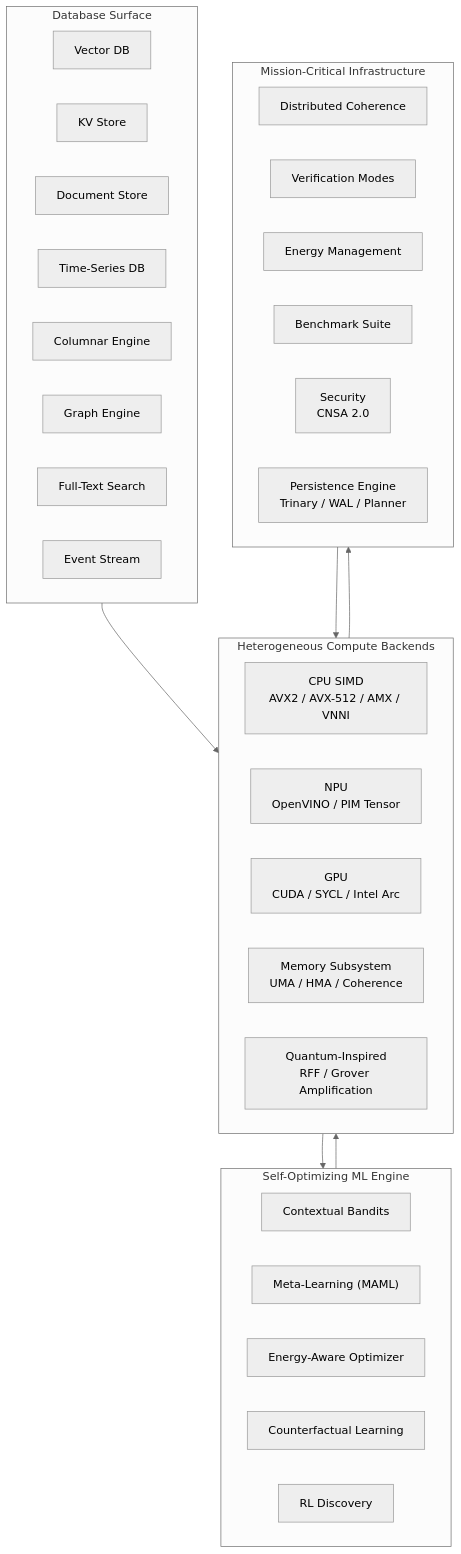
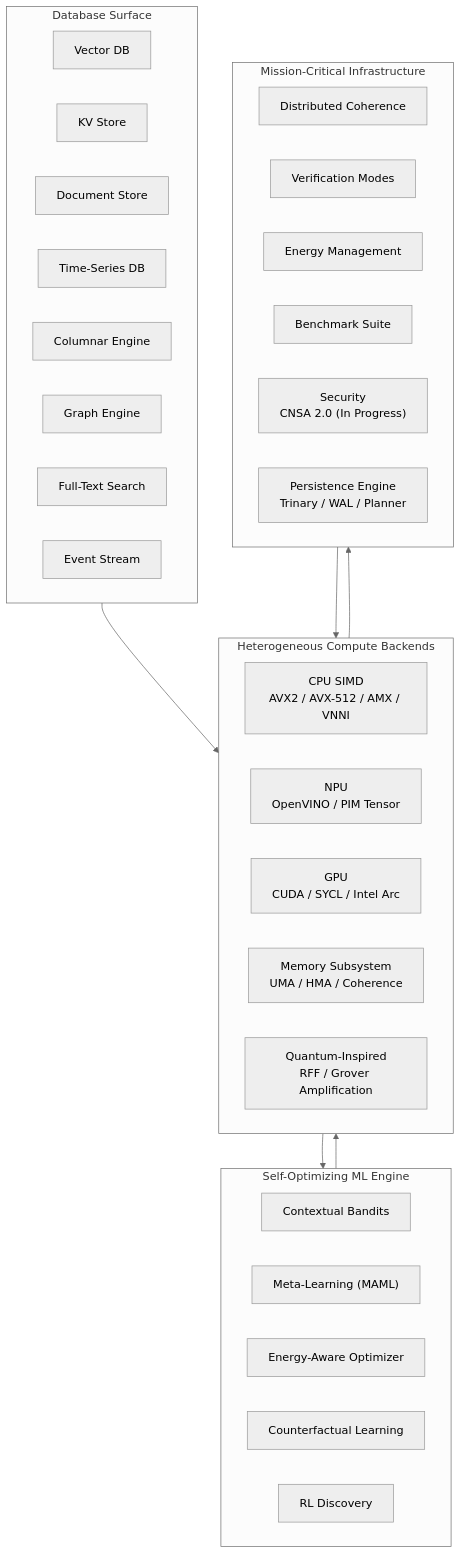
The diagram in docs/README.md (SWORDIntel/QIHSE), drawn with Mermaid (neutral theme) before and after one commit. The commit also changed other lines of this file and 32 other files, not shown here.

````diff
--- a/docs/README.md
+++ b/docs/README.md
@@ -11,48 +11,48 @@
 ```mermaid
 flowchart TB
     subgraph Storage["Database Surface"]
         direction LR
         VDB["Vector DB"]
         KV["KV Store"]
         DOC["Document Store"]
         TS["Time-Series DB"]
         COL["Columnar Engine"]
         GRAPH["Graph Engine"]
         FTS["Full-Text Search"]
         EVT["Event Stream"]
     end
 
     subgraph ML["Self-Optimizing ML Engine"]
         direction LR
         BANDITS["Contextual Bandits"]
         META["Meta-Learning (MAML)"]
         ENERGY_ML["Energy-Aware Optimizer"]
         COUNTER["Counterfactual Learning"]
         RL["RL Discovery"]
     end
 
     subgraph Compute["Heterogeneous Compute Backends"]
         direction LR
         CPU["CPU SIMD<br/>AVX2 / AVX-512 / AMX / VNNI"]
         NPU["NPU<br/>OpenVINO / PIM Tensor"]
         GPU["GPU<br/>CUDA / SYCL / Intel Arc"]
         MEM["Memory Subsystem<br/>UMA / HMA / Coherence"]
         QALG["Quantum-Inspired<br/>RFF / Grover Amplification"]
     end
 
     subgraph Infra["Mission-Critical Infrastructure"]
         direction LR
         COH["Distributed Coherence"]
         VER["Verification Modes"]
         EMGT["Energy Management"]
         BENCH["Benchmark Suite"]
-        SEC["Security<br/>CNSA 2.0"]
+        SEC["Security<br/>CNSA 2.0 (In Progress)"]
         PER["Persistence Engine<br/>Trinary / WAL / Planner"]
     end
 
     Storage --> Compute
     Compute --> ML
     ML --> Compute
     Compute --> Infra
     Infra --> Compute
 ```
````
